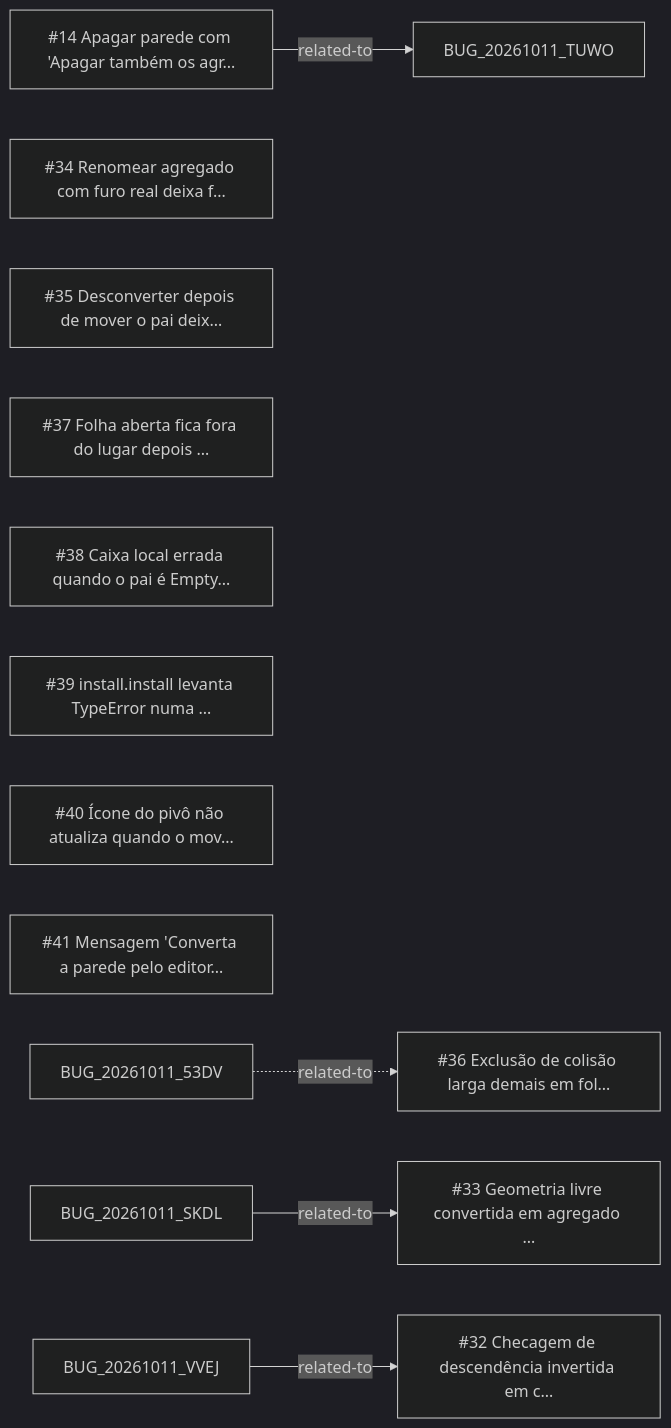
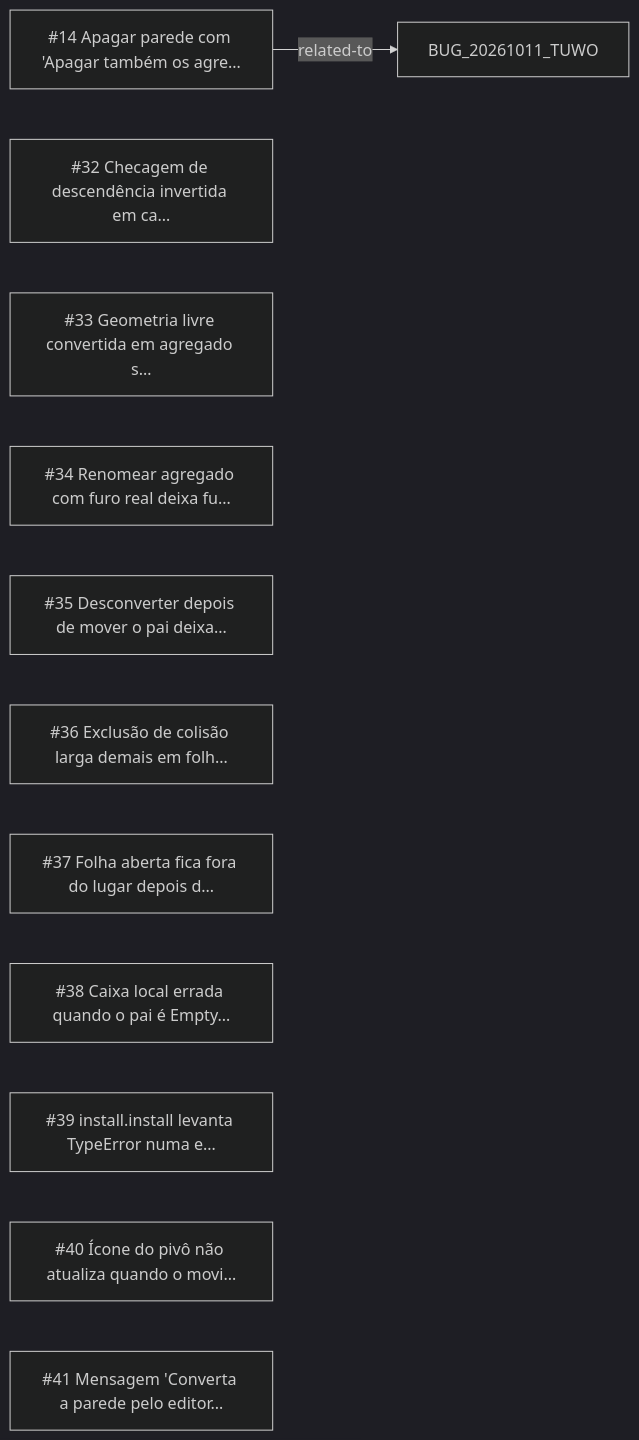
The diagram in _reversa_bugs/aggregates/generated/graph.md (CAFFDIGITALPLATFORM/caffmob_draw), drawn with Mermaid (dark theme) before and after one commit. The commit also changed other lines of this file and 220 other files, not shown here.

````diff
--- a/_reversa_bugs/aggregates/generated/graph.md
+++ b/_reversa_bugs/aggregates/generated/graph.md
@@ -5,18 +5,15 @@
 ```mermaid
 graph LR
-  BUG_20261011_DXOV["#14 Apagar parede com 'Apagar também os agr…"]
-  BUG_20261011_ZKQ7["#32 Checagem de descendência invertida em c…"]
-  BUG_20261011_3VD7["#33 Geometria livre convertida em agregado …"]
-  BUG_20261011_WOPM["#34 Renomear agregado com furo real deixa f…"]
-  BUG_20261011_NQ2L["#35 Desconverter depois de mover o pai deix…"]
-  BUG_20261011_VPY5["#36 Exclusão de colisão larga demais em fol…"]
-  BUG_20261011_I7QE["#37 Folha aberta fica fora do lugar depois …"]
+  BUG_20261011_DXOV["#14 Apagar parede com 'Apagar também os agre…"]
+  BUG_20261011_ZKQ7["#32 Checagem de descendência invertida em ca…"]
+  BUG_20261011_3VD7["#33 Geometria livre convertida em agregado s…"]
+  BUG_20261011_WOPM["#34 Renomear agregado com furo real deixa fu…"]
+  BUG_20261011_NQ2L["#35 Desconverter depois de mover o pai deixa…"]
+  BUG_20261011_VPY5["#36 Exclusão de colisão larga demais em folh…"]
+  BUG_20261011_I7QE["#37 Folha aberta fica fora do lugar depois d…"]
   BUG_20261011_PON4["#38 Caixa local errada quando o pai é Empty…"]
-  BUG_20261011_4OV4["#39 install.install levanta TypeError numa …"]
-  BUG_20261011_MQPR["#40 Ícone do pivô não atualiza quando o mov…"]
+  BUG_20261011_4OV4["#39 install.install levanta TypeError numa e…"]
+  BUG_20261011_MQPR["#40 Ícone do pivô não atualiza quando o movi…"]
   BUG_20261011_5DDZ["#41 Mensagem 'Converta a parede pelo editor…"]
   BUG_20261011_DXOV -->|related-to| BUG_20261011_TUWO
-  BUG_20261011_53DV -.->|related-to| BUG_20261011_VPY5
-  BUG_20261011_SKDL -->|related-to| BUG_20261011_3VD7
-  BUG_20261011_VVEJ -->|related-to| BUG_20261011_ZKQ7
 ```
````
